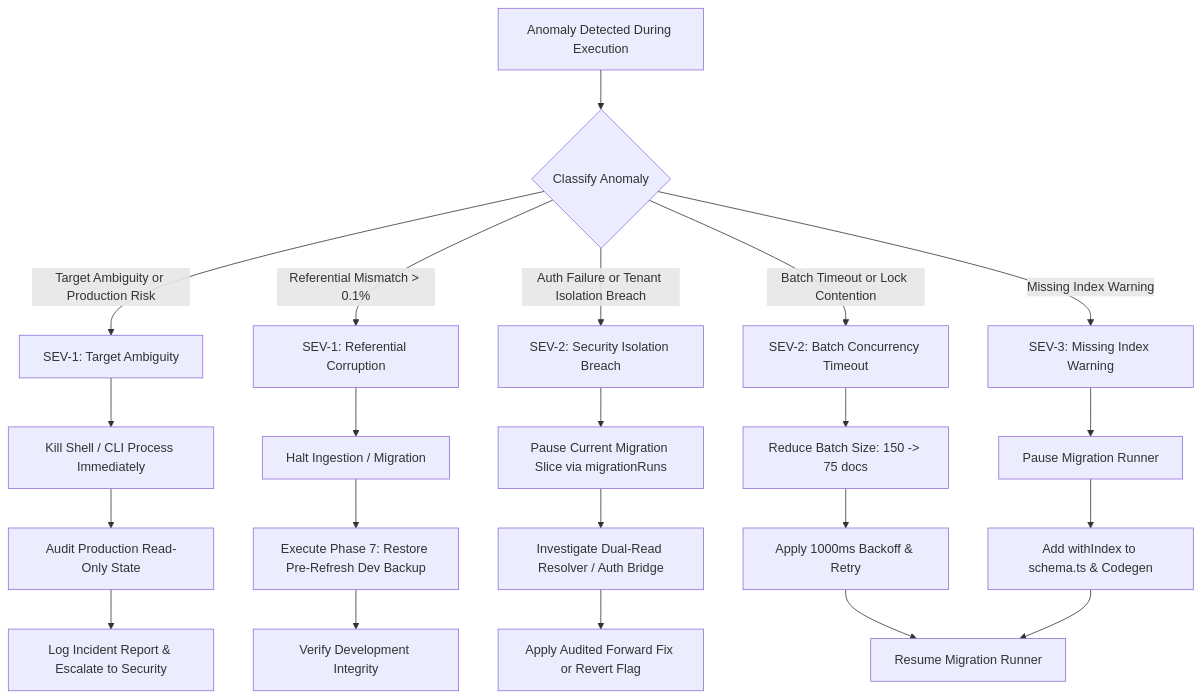
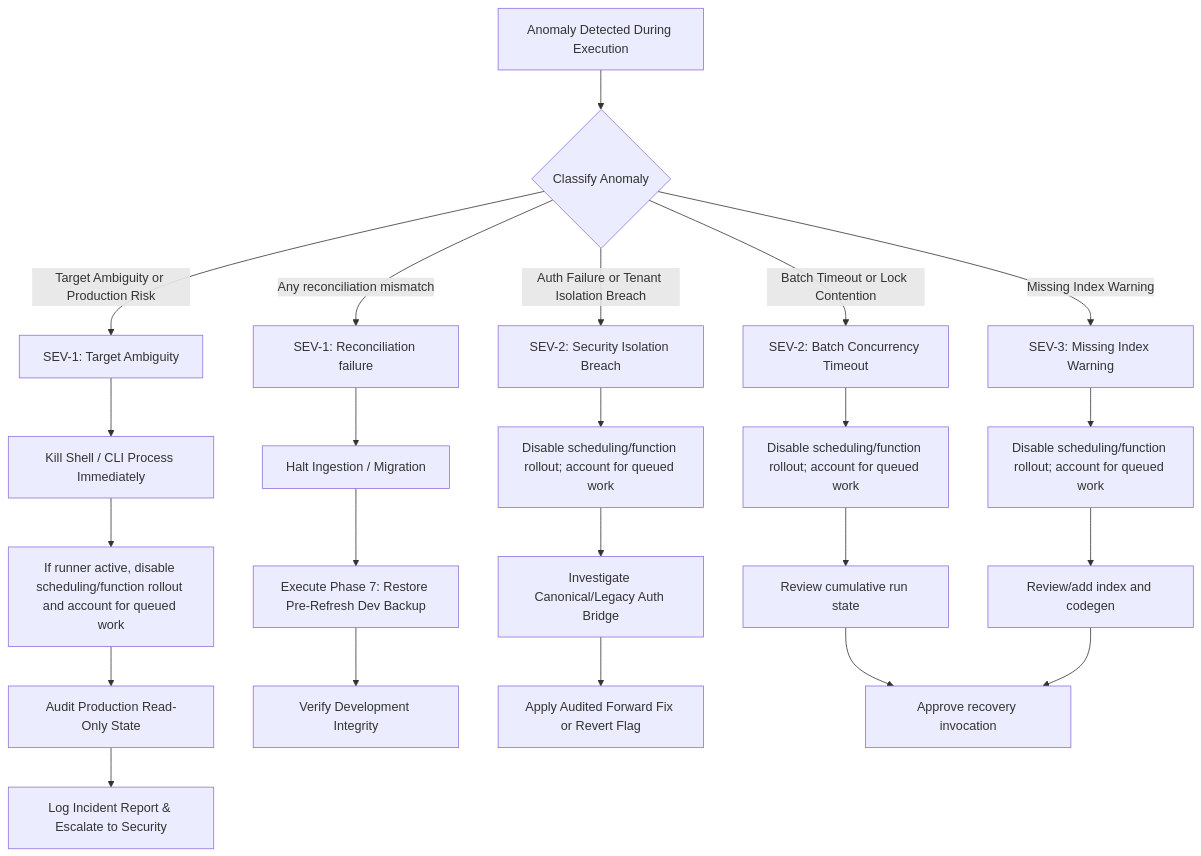
The fourth of 4 diagrams in docs/features/D05_MigrationRehearsalAndDataRefreshRunbook.md (JStaRFilms/Melo_School_Management_System), drawn with Mermaid before and after one commit. The commit also changed other lines of this file and 53 other files, not shown here.

````diff
--- a/docs/features/D05_MigrationRehearsalAndDataRefreshRunbook.md
+++ b/docs/features/D05_MigrationRehearsalAndDataRefreshRunbook.md
@@ -915,29 +793,30 @@
 ```mermaid
 flowchart TD
     Detect[Anomaly Detected During Execution] --> Classify{Classify Anomaly}
-    
+
     Classify -- Target Ambiguity or Production Risk --> SEV1_Prod[SEV-1: Target Ambiguity]
     SEV1_Prod --> KillAll[Kill Shell / CLI Process Immediately]
-    KillAll --> AuditProd[Audit Production Read-Only State]
+    KillAll --> ContainProd[If runner active, disable scheduling/function rollout and account for queued work]
+    ContainProd --> AuditProd[Audit Production Read-Only State]
     AuditProd --> IncidentReport[Log Incident Report & Escalate to Security]
 
-    Classify -- Referential Mismatch > 0.1% --> SEV1_Ref[SEV-1: Referential Corruption]
+    Classify -- Any reconciliation mismatch --> SEV1_Ref[SEV-1: Reconciliation failure]
     SEV1_Ref --> HaltIngest[Halt Ingestion / Migration]
     HaltIngest --> RollbackDev[Execute Phase 7: Restore Pre-Refresh Dev Backup]
     RollbackDev --> VerifyDev[Verify Development Integrity]
 
     Classify -- Auth Failure or Tenant Isolation Breach --> SEV2_Auth[SEV-2: Security Isolation Breach]
-    SEV2_Auth --> PauseSlice[Pause Current Migration Slice via migrationRuns]
-    PauseSlice --> InvestigateResolver[Investigate Dual-Read Resolver / Auth Bridge]
+    SEV2_Auth --> ContainAuth[Disable scheduling/function rollout; account for queued work]
+    ContainAuth --> InvestigateResolver[Investigate Canonical/Legacy Auth Bridge]
     InvestigateResolver --> FixForward[Apply Audited Forward Fix or Revert Flag]
 
     Classify -- Batch Timeout or Lock Contention --> SEV2_Timeout[SEV-2: Batch Concurrency Timeout]
-    SEV2_Timeout --> ThrottleBatch[Reduce Batch Size: 150 -> 75 docs]
-    ThrottleBatch --> ApplyBackoff[Apply 1000ms Backoff & Retry]
-    ApplyBackoff --> ResumeRunner[Resume Migration Runner]
+    SEV2_Timeout --> ContainTimeout[Disable scheduling/function rollout; account for queued work]
+    ContainTimeout --> ReviewRun[Review cumulative run state]
+    ReviewRun --> ApproveNext[Approve recovery invocation]
 
     Classify -- Missing Index Warning --> SEV3_Index[SEV-3: Missing Index Warning]
-    SEV3_Index --> PauseMigration[Pause Migration Runner]
-    PauseMigration --> AddSchemaIndex[Add withIndex to schema.ts & Codegen]
-    AddSchemaIndex --> ResumeRunner
+    SEV3_Index --> ContainIndex[Disable scheduling/function rollout; account for queued work]
+    ContainIndex --> AddSchemaIndex[Review/add index and codegen]
+    AddSchemaIndex --> ApproveNext
 ```
````
